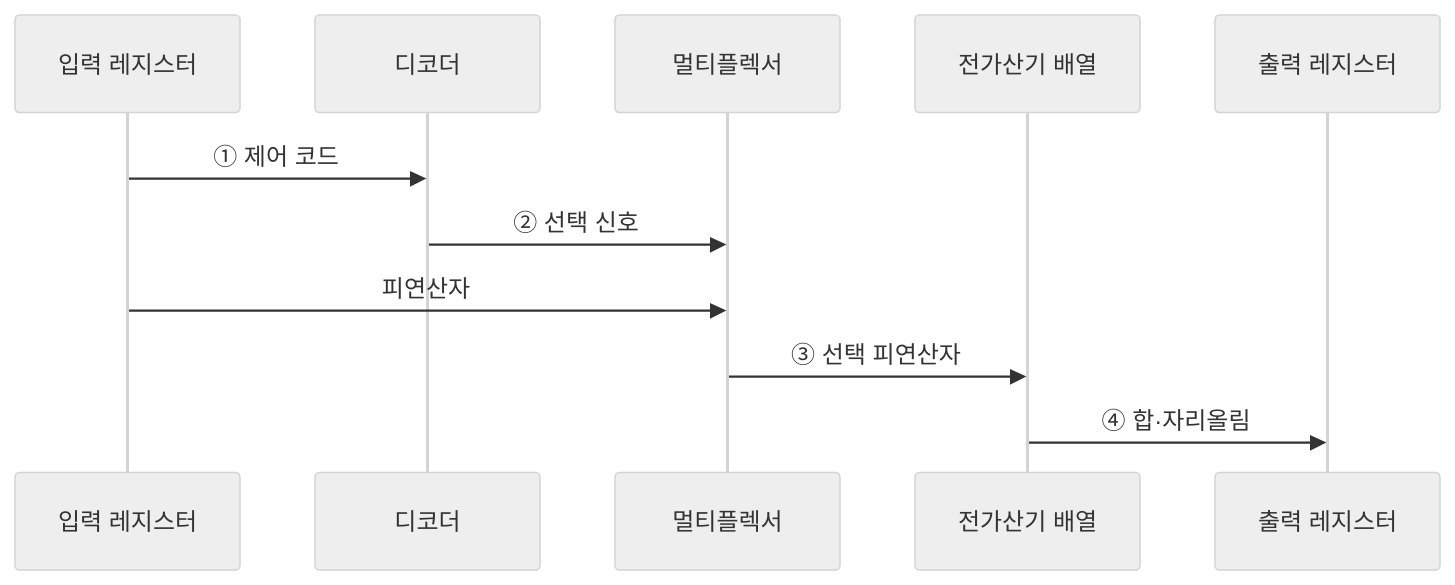
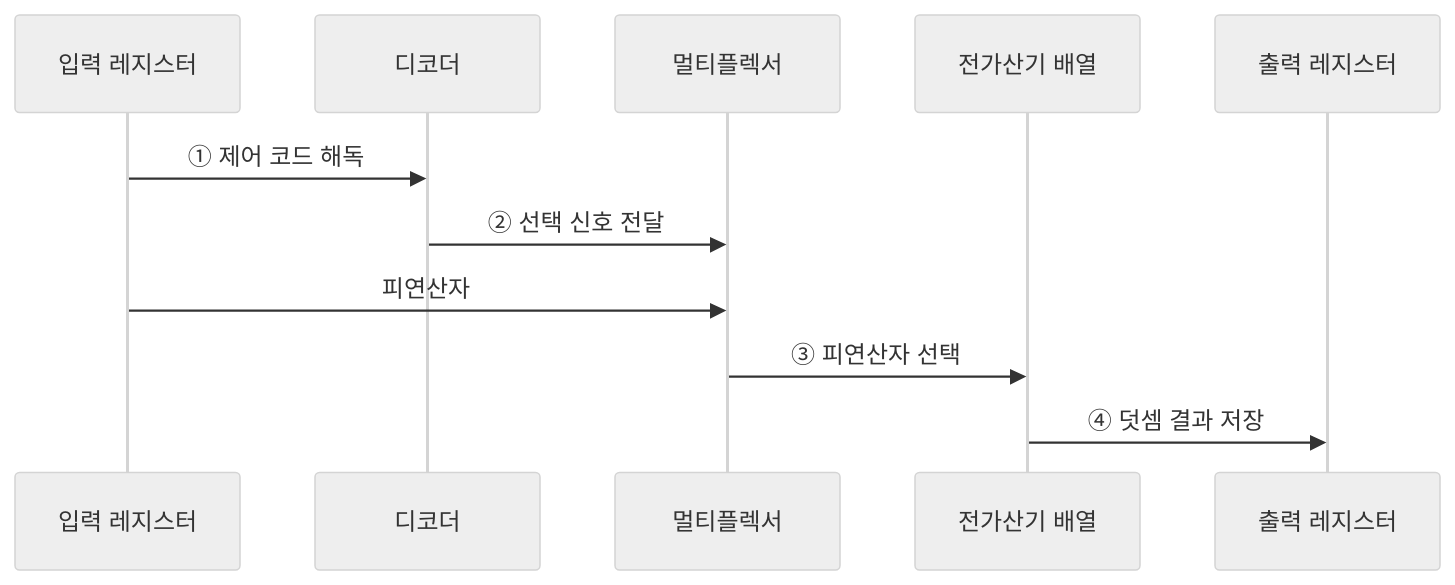
One commit to agnusdei1207/knowledge-base changed the second of 2 diagrams in src/content/docs/notes/01-basic-theory/026_combinational_logic.md. Above: the diagram before and after it, drawn with Mermaid (neutral theme). The commit also changed other lines of this file and 20 other files, not shown here.

````diff
--- a/src/content/docs/notes/01-basic-theory/026_combinational_logic.md
+++ b/src/content/docs/notes/01-basic-theory/026_combinational_logic.md
@@ -77,13 +82,13 @@
 ```mermaid
 sequenceDiagram
     participant I as 입력 레지스터
     participant D as 디코더
     participant M as 멀티플렉서
     participant A as 전가산기 배열
     participant O as 출력 레지스터
-    I->>D: ① 제어 코드
-    D->>M: ② 선택 신호
+    I->>D: ① 제어 코드 해독
+    D->>M: ② 선택 신호 전달
     I->>M: 피연산자
-    M->>A: ③ 선택 피연산자
-    A->>O: ④ 합·자리올림
+    M->>A: ③ 피연산자 선택
+    A->>O: ④ 덧셈 결과 저장
 ```
````
